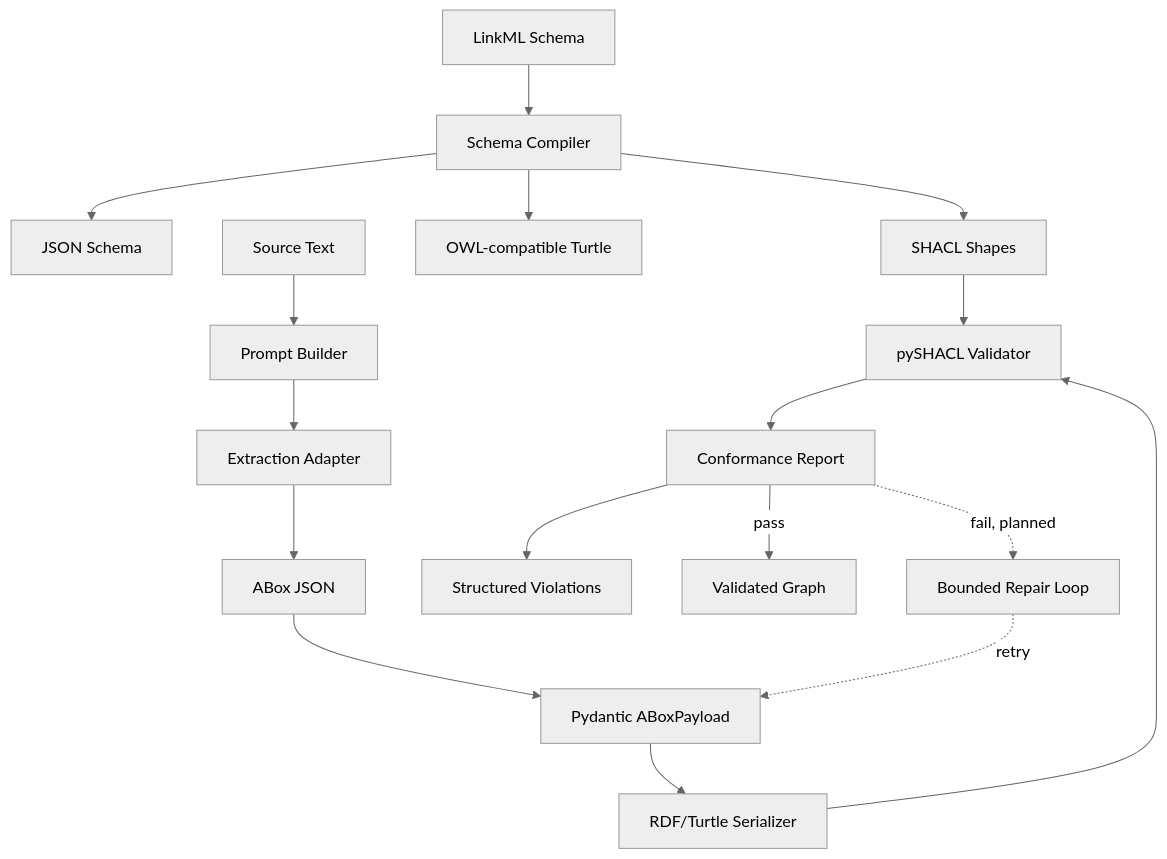
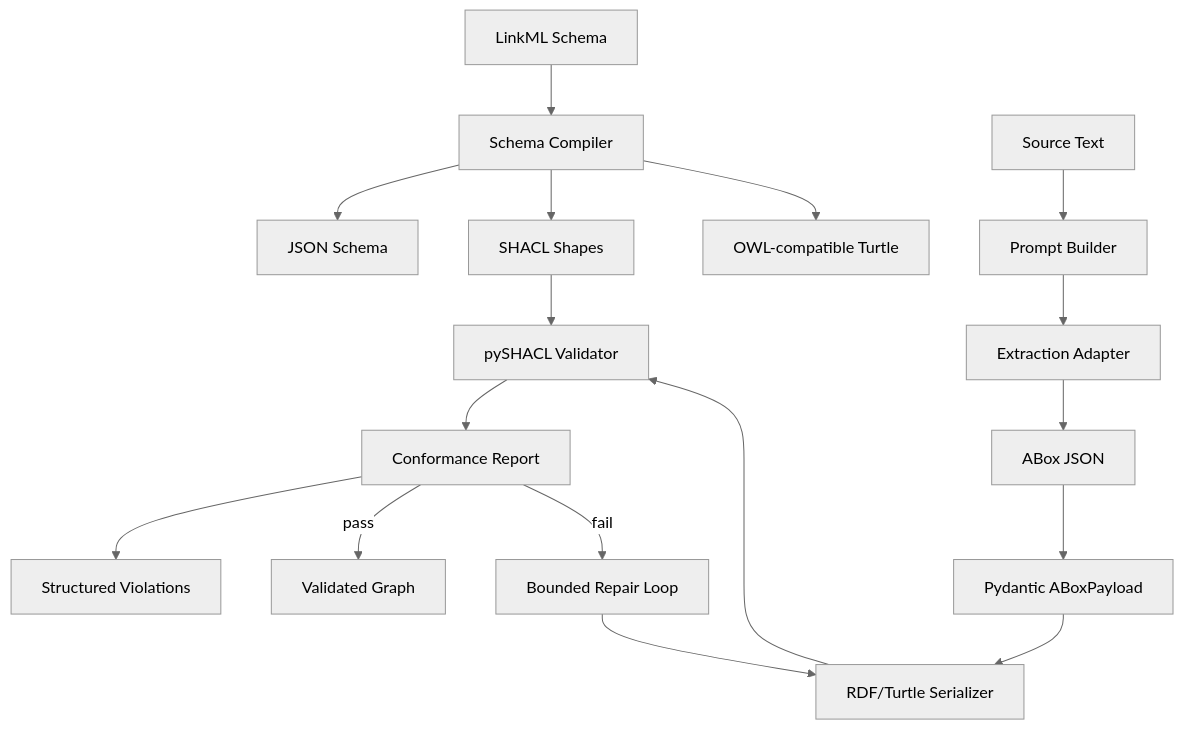
The diagram in README.md (sinonchum/NeuroOntoGen), drawn with Mermaid (neutral theme) before and after one commit. The commit also changed other lines of this file and 2 other files, not shown here.

Commit message:
feat: add bounded repair controller

````diff
--- a/README.md
+++ b/README.md
@@ -65,22 +66,22 @@
 ```mermaid
 graph TB
     S[LinkML Schema] --> C[Schema Compiler]
     C --> JS[JSON Schema]
     C --> SH[SHACL Shapes]
     C --> OWL[OWL-compatible Turtle]
 
     TXT[Source Text] --> PR[Prompt Builder]
     PR --> EX[Extraction Adapter]
     EX --> JSON[ABox JSON]
     JSON --> P[Pydantic ABoxPayload]
 
     P --> RDF[RDF/Turtle Serializer]
     RDF --> V[pySHACL Validator]
     SH --> V
     V --> R[Conformance Report]
     R --> VR[Structured Violations]
 
     R -->|pass| OUT[Validated Graph]
-    R -. fail, planned .-> REP[Bounded Repair Loop]
-    REP -. retry .-> P
+    R -->|fail| REP[Bounded Repair Loop]
+    REP --> RDF
 ```
````
